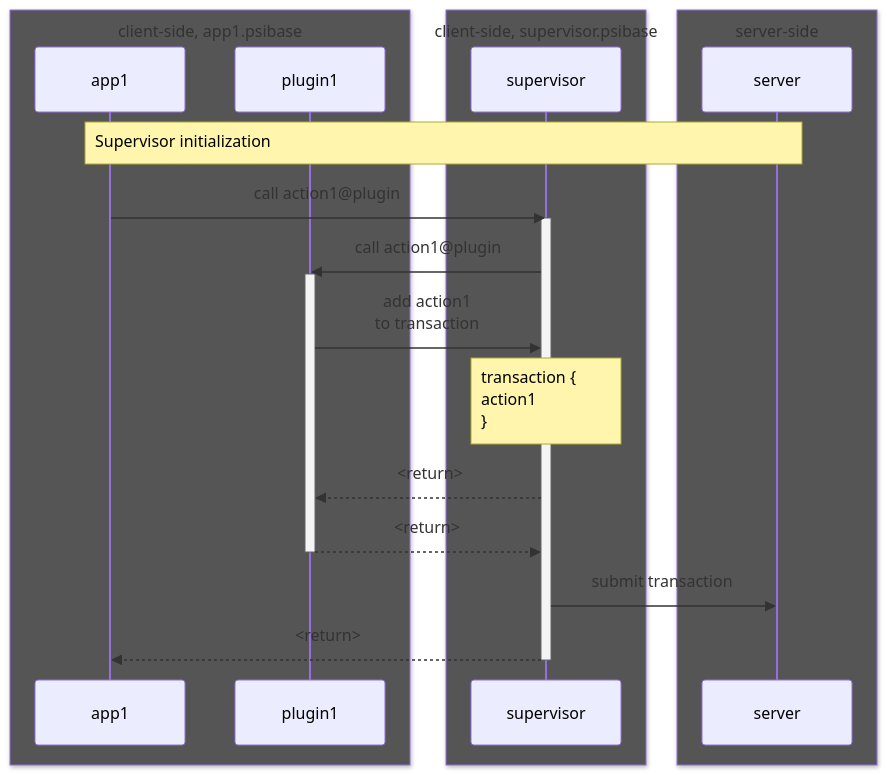
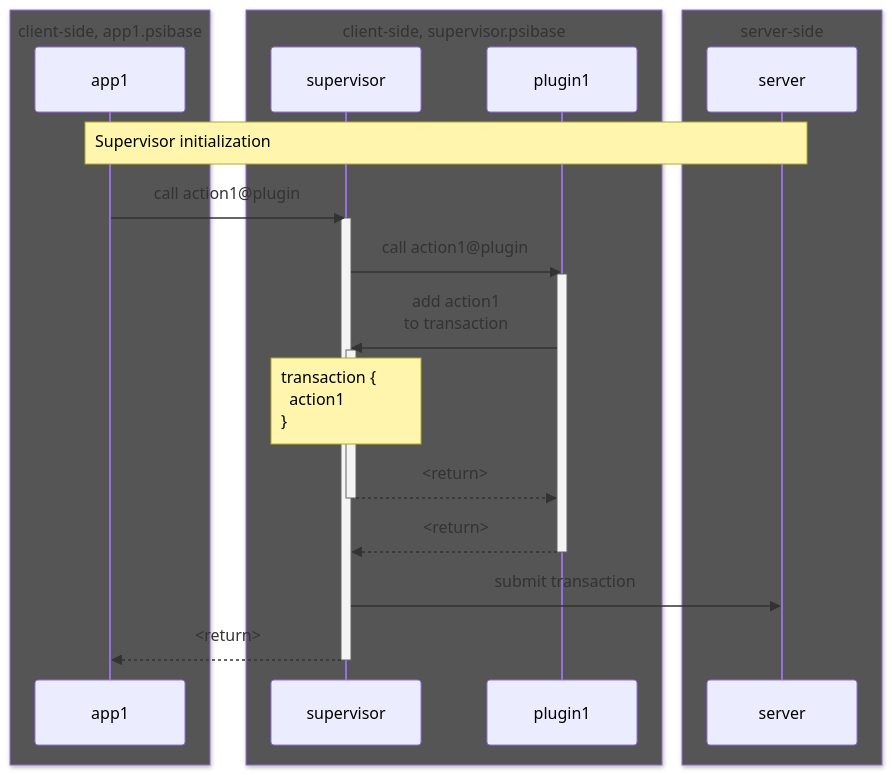
Before and after one commit to gofractally/psibase: the second of 3 diagrams in doc/psidk/src/specifications/app-architecture/supervisor.md, drawn with Mermaid. The commit also changed other lines of this file and 5 other files, not shown here.

````diff
--- a/doc/psidk/src/specifications/app-architecture/supervisor.md
+++ b/doc/psidk/src/specifications/app-architecture/supervisor.md
@@ -176,32 +170,34 @@
 ```mermaid
 sequenceDiagram
 %%{init: { 'sequence': {'noteAlign': 'left'} }}%%
 
 box rgb(85,85,85) client-side, app1.psibase
 participant app1
-participant plugin1
 end
 box rgb(85,85,85) client-side, supervisor.psibase
 participant supervisor
+participant plugin1
 end
 
 box rgb(85,85,85) server-side
 participant server
 end
 
 Note over app1,server: Supervisor initialization
 
 app1->>supervisor: call action1@plugin
 activate supervisor
 supervisor->>plugin1: call action1@plugin
 activate plugin1
 plugin1->>supervisor: add action1<br>to transaction
-note over supervisor: transaction {<br>action1<br>}
+activate supervisor
+note over supervisor: transaction {<br>  action1<br>}
 supervisor-->>plugin1: <return>
+deactivate supervisor
 plugin1-->>supervisor: <return>
 deactivate plugin1
 supervisor->>server: submit transaction
 supervisor-->>app1: <return>
 deactivate supervisor
 
 ```
````
